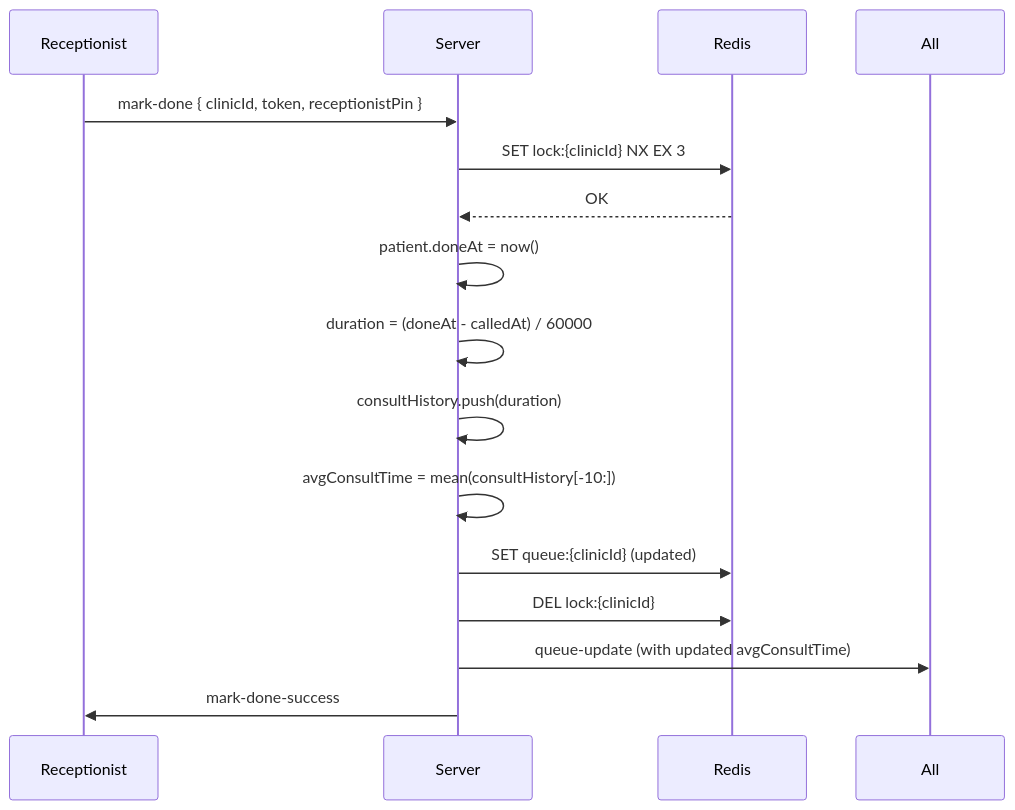
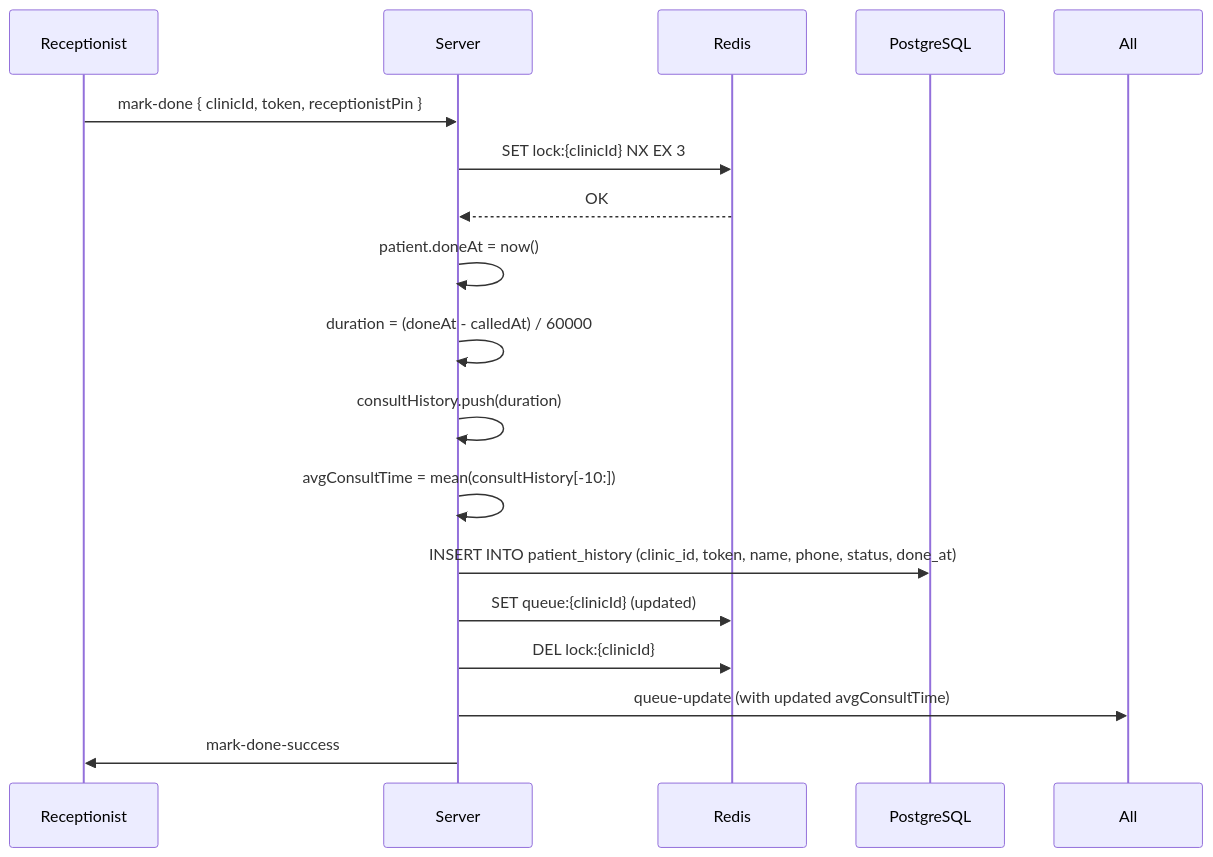
The third of 4 diagrams in SOCKET_DIAGRAM.md (Zahid-Ham/Queue_Cure), drawn with Mermaid before and after one commit. The commit also changed other lines of this file and 2 other files, not shown here.

Commit message:
Update root README, SOCKET_DIAGRAM, and THOUGHT_PROCESS documentation for persistent logs and reset queue features

````diff
--- a/SOCKET_DIAGRAM.md
+++ b/SOCKET_DIAGRAM.md
@@ -106,18 +108,20 @@
 ```mermaid
 sequenceDiagram
     participant R as Receptionist
     participant S as Server
     participant Redis
+    participant PG as PostgreSQL
 
     R->>S: mark-done { clinicId, token, receptionistPin }
     S->>Redis: SET lock:{clinicId} NX EX 3
     Redis-->>S: OK
     S->>S: patient.doneAt = now()
     S->>S: duration = (doneAt - calledAt) / 60000
     S->>S: consultHistory.push(duration)
     S->>S: avgConsultTime = mean(consultHistory[-10:])
+    S->>PG: INSERT INTO patient_history (clinic_id, token, name, phone, status, done_at)
     S->>Redis: SET queue:{clinicId} (updated)
     S->>Redis: DEL lock:{clinicId}
     S->>All: queue-update (with updated avgConsultTime)
     S->>R: mark-done-success
 ```
````
